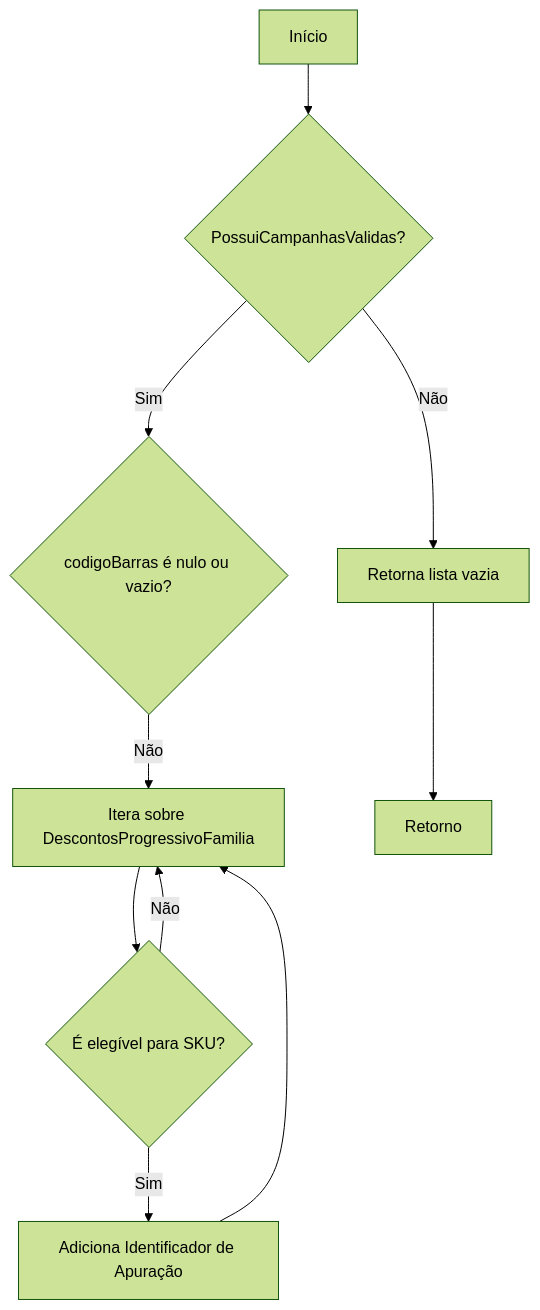
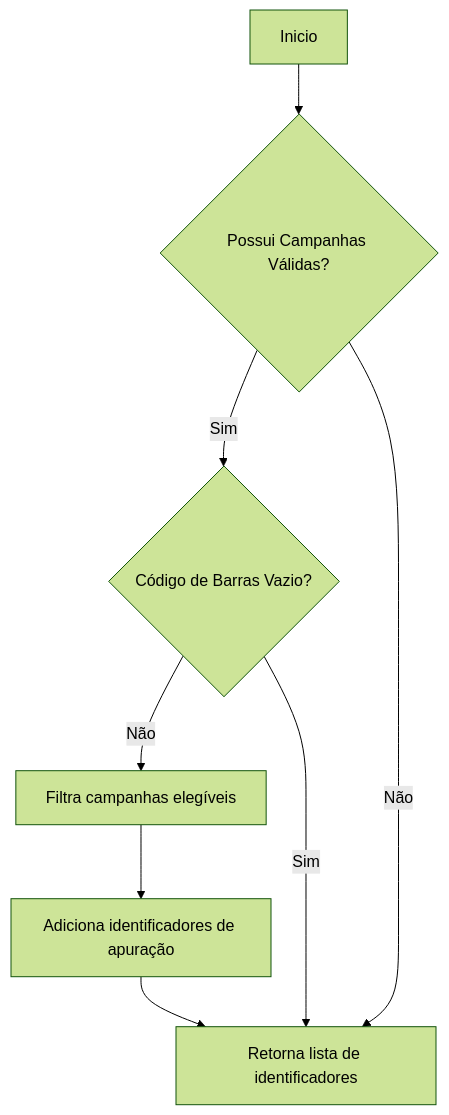
The first of 3 diagrams in docs/b2b-dominio/IsthmusWinthor.Nucleo/IsthmusWinthor.Dominio/POCO/Precos/IsthmusIndustrias/CondicaoIsthmusIndustria.md (IsthmusSistemas/documentacao-tecnica), drawn with Mermaid (forest theme) before and after one commit. The commit also changed other lines of this file and 882 other files, not shown here.

````diff
--- a/docs/b2b-dominio/IsthmusWinthor.Nucleo/IsthmusWinthor.Dominio/POCO/Precos/IsthmusIndustrias/CondicaoIsthmusIndustria.md
+++ b/docs/b2b-dominio/IsthmusWinthor.Nucleo/IsthmusWinthor.Dominio/POCO/Precos/IsthmusIndustrias/CondicaoIsthmusIndustria.md
@@ -26,12 +25,10 @@
 ```mermaid
 flowchart TD
-    A[Início] --> B{PossuiCampanhasValidas?}
-    B -- Sim --> C{codigoBarras é nulo ou vazio?}
-    C -- Não --> D[Itera sobre DescontosProgressivoFamilia]
-    D --> E{É elegível para SKU?}
-    E -- Sim --> F[Adiciona Identificador de Apuração]
-    F --> D
-    E -- Não --> D
-    B -- Não --> G[Retorna lista vazia]
-    G --> H[Retorno]
+    A[Inicio] --> B{Possui Campanhas Válidas?}
+    B -- Sim --> C{Código de Barras Vazio?}
+    C -- Não --> D[Filtra campanhas elegíveis]
+    D --> E[Adiciona identificadores de apuração]
+    E --> F[Retorna lista de identificadores]
+    C -- Sim --> F
+    B -- Não --> F
 ```
````
